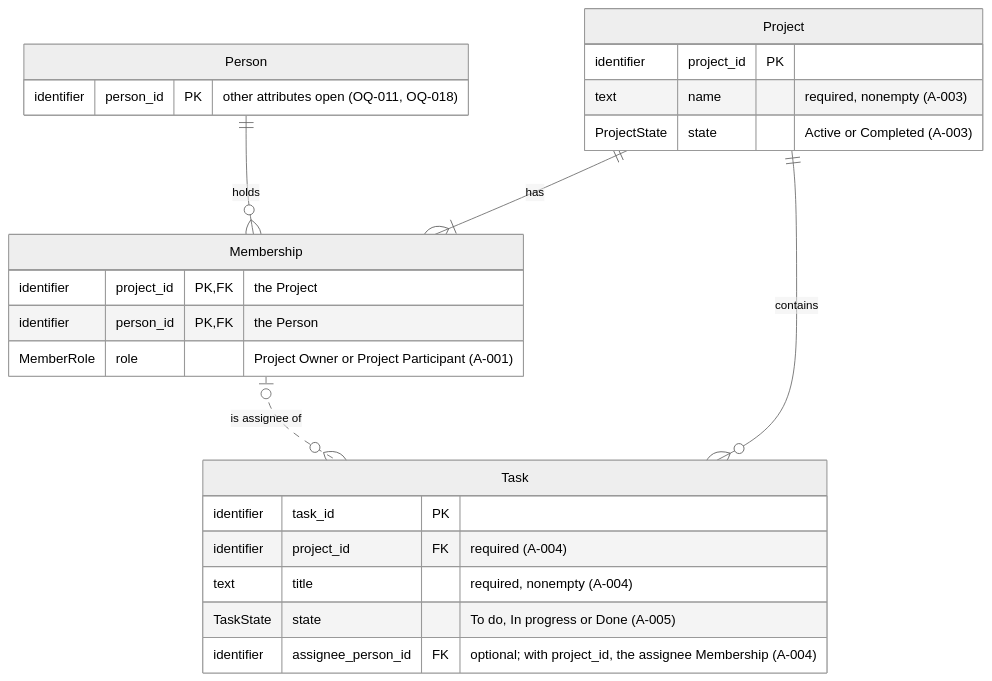
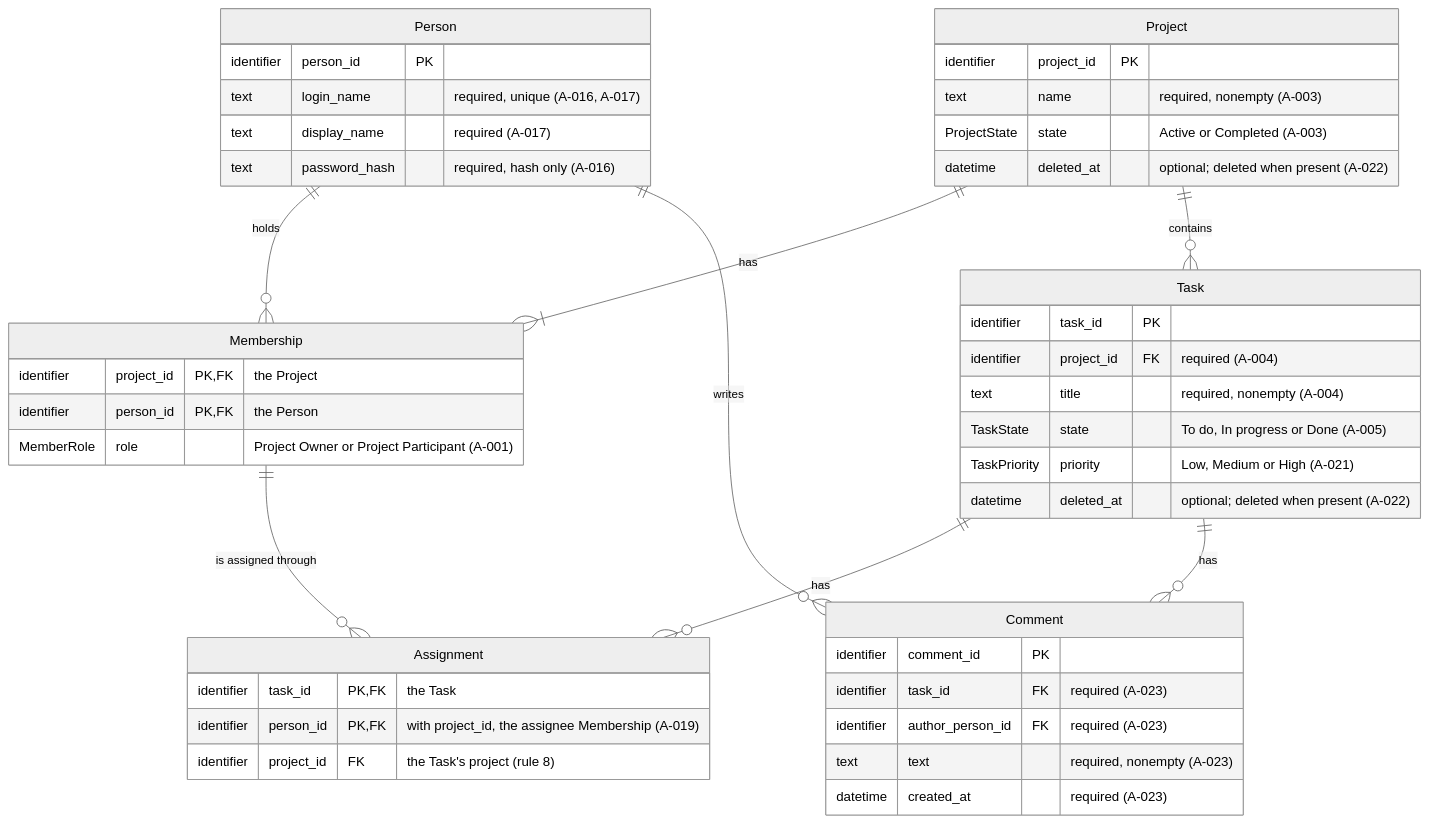
One commit to pedropires-ppb/matriz-ai-workshop changed the diagram in docs/database.md. Above: the diagram before and after it, drawn with Mermaid (neutral theme). The commit also changed other lines of this file and 18 other files, not shown here.

Commit message:
[week3][ex1]: Add initial architecture decision records and project configuration files

````diff
--- a/docs/database.md
+++ b/docs/database.md
@@ -33,28 +40,48 @@
 ```mermaid
 erDiagram
     Person ||--o{ Membership : "holds"
     Project ||--|{ Membership : "has"
     Project ||--o{ Task : "contains"
-    Membership |o..o{ Task : "is assignee of"
+    Task ||--o{ Assignment : "has"
+    Membership ||--o{ Assignment : "is assigned through"
+    Task ||--o{ Comment : "has"
+    Person ||--o{ Comment : "writes"
 
     Person {
-        identifier person_id PK "other attributes open (OQ-011, OQ-018)"
+        identifier person_id PK
+        text login_name "required, unique (A-016, A-017)"
+        text display_name "required (A-017)"
+        text password_hash "required, hash only (A-016)"
     }
     Project {
         identifier project_id PK
         text name "required, nonempty (A-003)"
         ProjectState state "Active or Completed (A-003)"
+        datetime deleted_at "optional; deleted when present (A-022)"
     }
     Membership {
         identifier project_id PK, FK "the Project"
         identifier person_id PK, FK "the Person"
         MemberRole role "Project Owner or Project Participant (A-001)"
     }
     Task {
         identifier task_id PK
         identifier project_id FK "required (A-004)"
         text title "required, nonempty (A-004)"
         TaskState state "To do, In progress or Done (A-005)"
-        identifier assignee_person_id FK "optional; with project_id, the assignee Membership (A-004)"
+        TaskPriority priority "Low, Medium or High (A-021)"
+        datetime deleted_at "optional; deleted when present (A-022)"
+    }
+    Assignment {
+        identifier task_id PK, FK "the Task"
+        identifier person_id PK, FK "with project_id, the assignee Membership (A-019)"
+        identifier project_id FK "the Task's project (rule 8)"
+    }
+    Comment {
+        identifier comment_id PK
+        identifier task_id FK "required (A-023)"
+        identifier author_person_id FK "required (A-023)"
+        text text "required, nonempty (A-023)"
+        datetime created_at "required (A-023)"
     }
 ```
````
